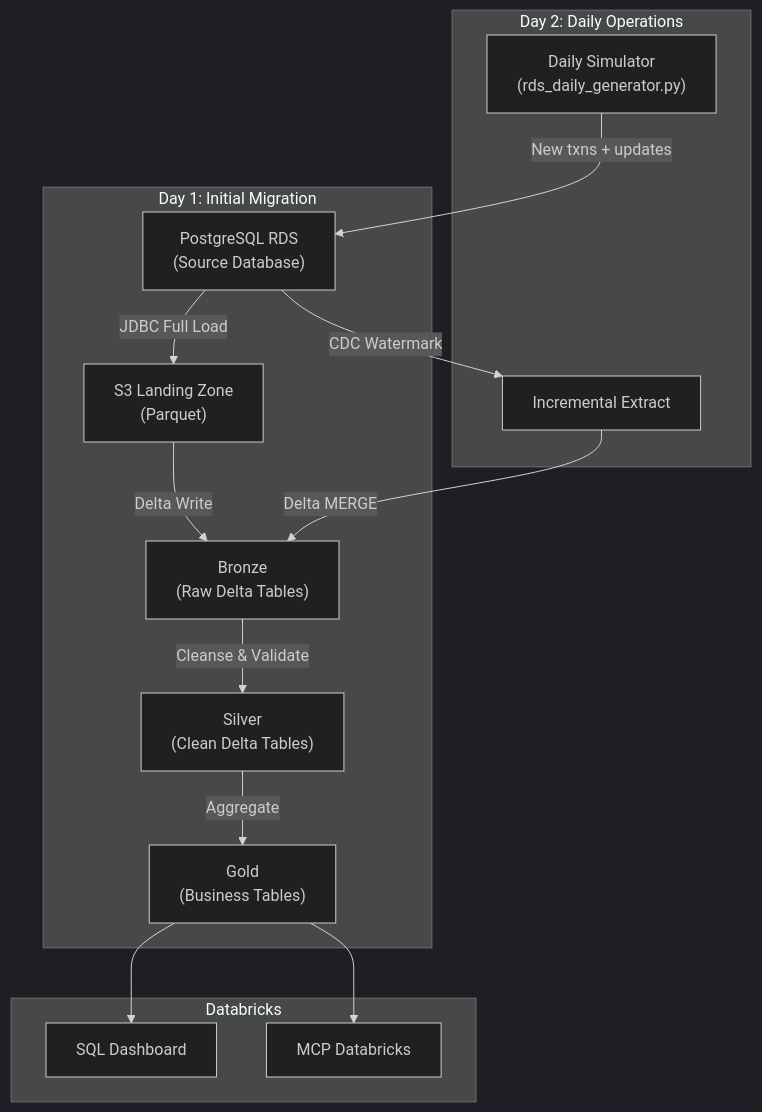
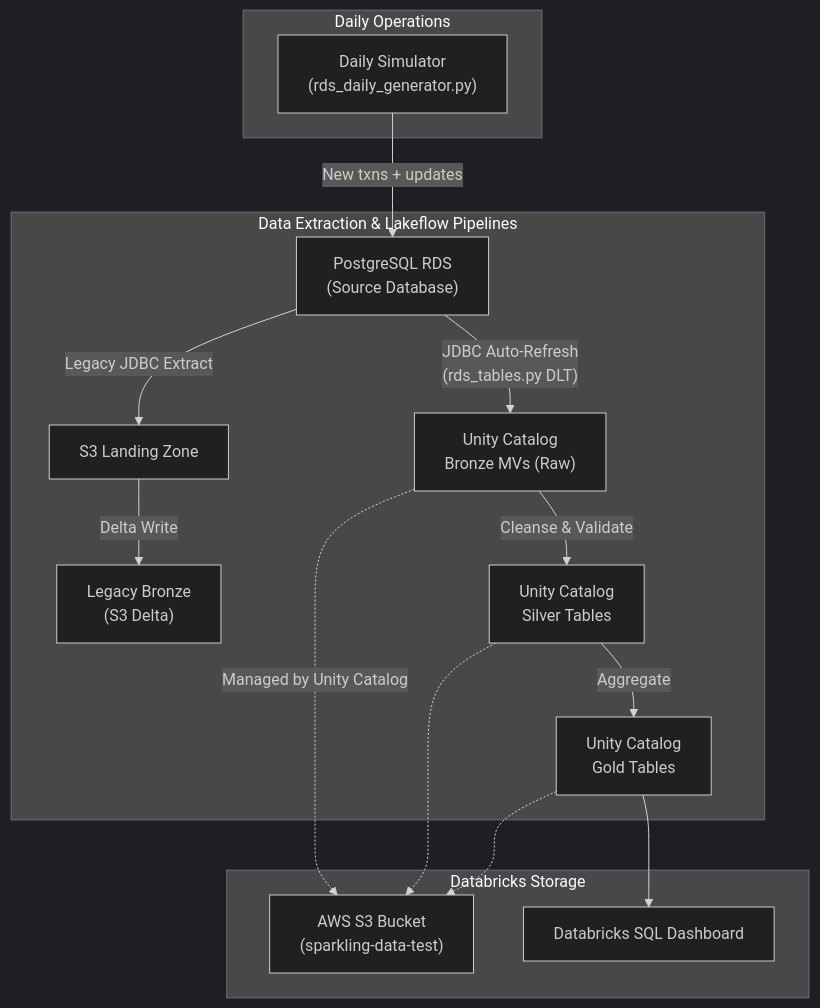
The diagram in docs/MIGRATION_GUIDE.md (huynguyen305/Spark-ling), drawn with Mermaid (dark theme) before and after one commit. The commit also changed 7 other files, not shown here.

Commit message:
feat: Migrate RDS data ingestion to a Databricks Job using direct JDBC to Unity Catalog and update related documentation.

````diff
--- a/docs/MIGRATION_GUIDE.md
+++ b/docs/MIGRATION_GUIDE.md
@@ -31,20 +31,21 @@
 ```mermaid
 graph TD
-    subgraph "Day 1: Initial Migration"
-        A["PostgreSQL RDS<br/>(Source Database)"] -->|"JDBC Full Load"| B["S3 Landing Zone<br/>(Parquet)"]
-        B -->|"Delta Write"| C["Bronze<br/>(Raw Delta Tables)"]
-        C -->|"Cleanse & Validate"| D["Silver<br/>(Clean Delta Tables)"]
-        D -->|"Aggregate"| E["Gold<br/>(Business Tables)"]
+    subgraph "Data Extraction & Lakeflow Pipelines"
+        A["PostgreSQL RDS<br/>(Source Database)"] -->|"JDBC Auto-Refresh<br/>(rds_tables.py DLT)"| C["Unity Catalog<br/>Bronze MVs (Raw)"]
+        A -->|"Legacy JDBC Extract"| B["S3 Landing Zone"]
+        B -->|"Delta Write"| C2["Legacy Bronze<br/>(S3 Delta)"]
+        C -->|"Cleanse & Validate"| D["Unity Catalog<br/>Silver Tables"]
+        D -->|"Aggregate"| E["Unity Catalog<br/>Gold Tables"]
     end
 
-    subgraph "Day 2: Daily Operations"
+    subgraph "Daily Operations"
         F["Daily Simulator<br/>(rds_daily_generator.py)"] -->|"New txns + updates"| A
-        A -->|"CDC Watermark"| G["Incremental Extract"]
-        G -->|"Delta MERGE"| C
     end
 
-    subgraph "Databricks"
-        E --> H["SQL Dashboard"]
-        E --> I["MCP Databricks"]
+    subgraph "Databricks Storage"
+        C -.->|"Managed by Unity Catalog"| S3["AWS S3 Bucket<br/>(sparkling-data-test)"]
+        D -.-> S3
+        E -.-> S3
+        E --> H["Databricks SQL Dashboard"]
     end
 ```
````
